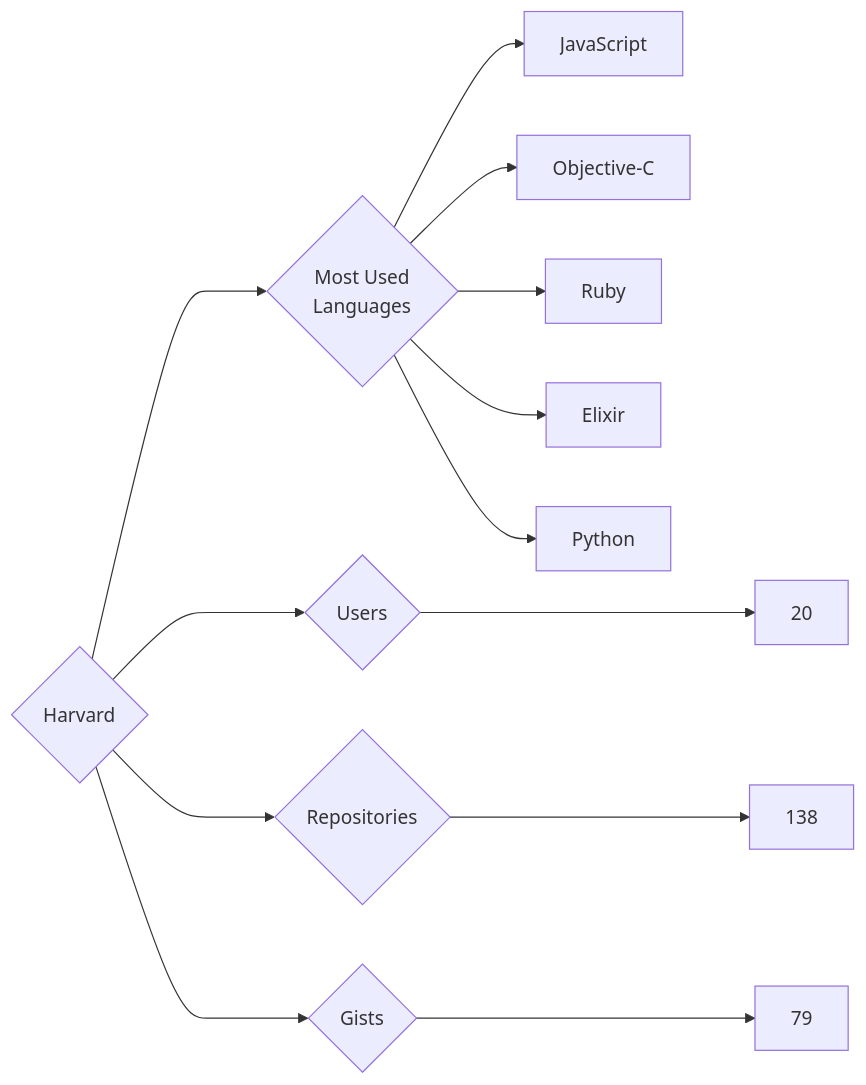
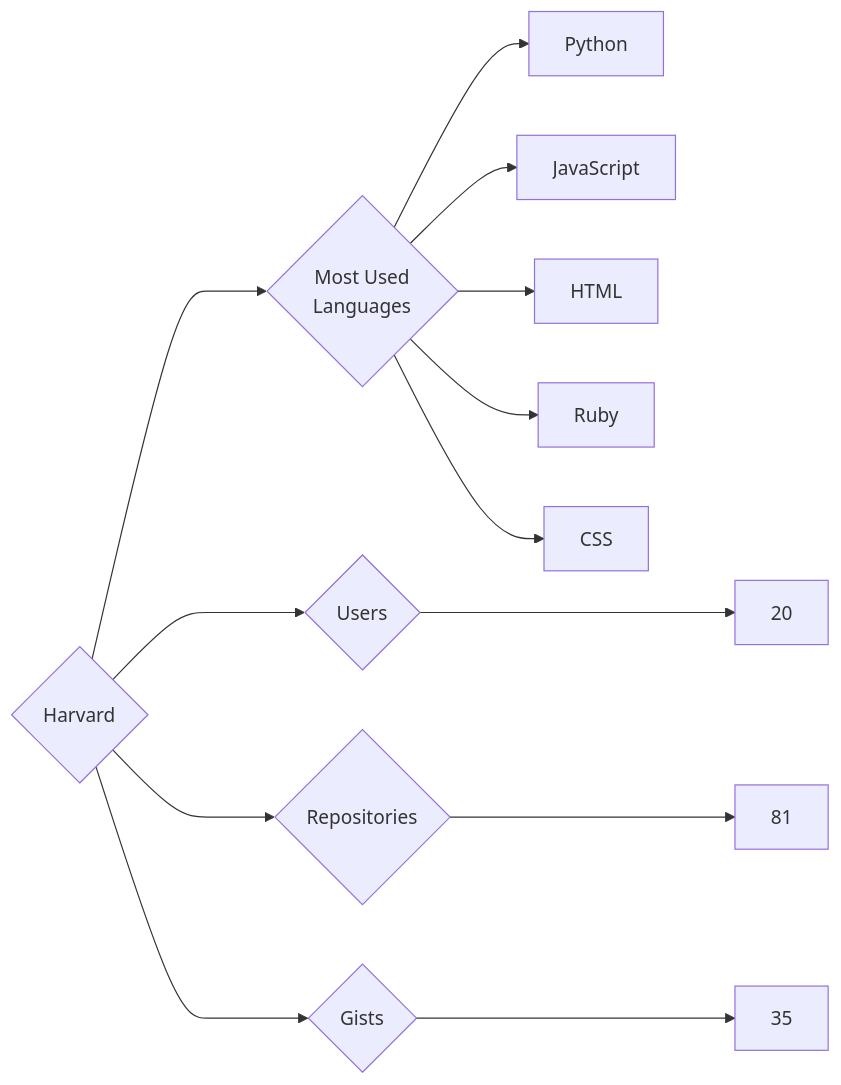
One commit to trickest/insiders changed the diagram in targets/Harvard/README.md. Above: the diagram before and after it, drawn with Mermaid. The commit also changed 838 other files, not shown here.

````diff
--- a/targets/Harvard/README.md
+++ b/targets/Harvard/README.md
@@ -3,13 +3,13 @@
 ```mermaid
 graph LR
 COMPANY_NAME{Harvard}
 COMPANY_NAME ---> U{Users} ---> UN[20]
-COMPANY_NAME ---> R{Repositories} ---> RN[138]
-COMPANY_NAME ---> G{Gists} ---> GN[79]
+COMPANY_NAME ---> R{Repositories} ---> RN[81]
+COMPANY_NAME ---> G{Gists} ---> GN[35]
 COMPANY_NAME ---> ML{Most Used<br>Languages}
+ML --> Python[Python]
 ML --> JavaScript[JavaScript]
-ML --> Objective-C[Objective-C]
+ML --> HTML[HTML]
 ML --> Ruby[Ruby]
-ML --> Elixir[Elixir]
-ML --> Python[Python]
+ML --> CSS[CSS]
 ```
````
